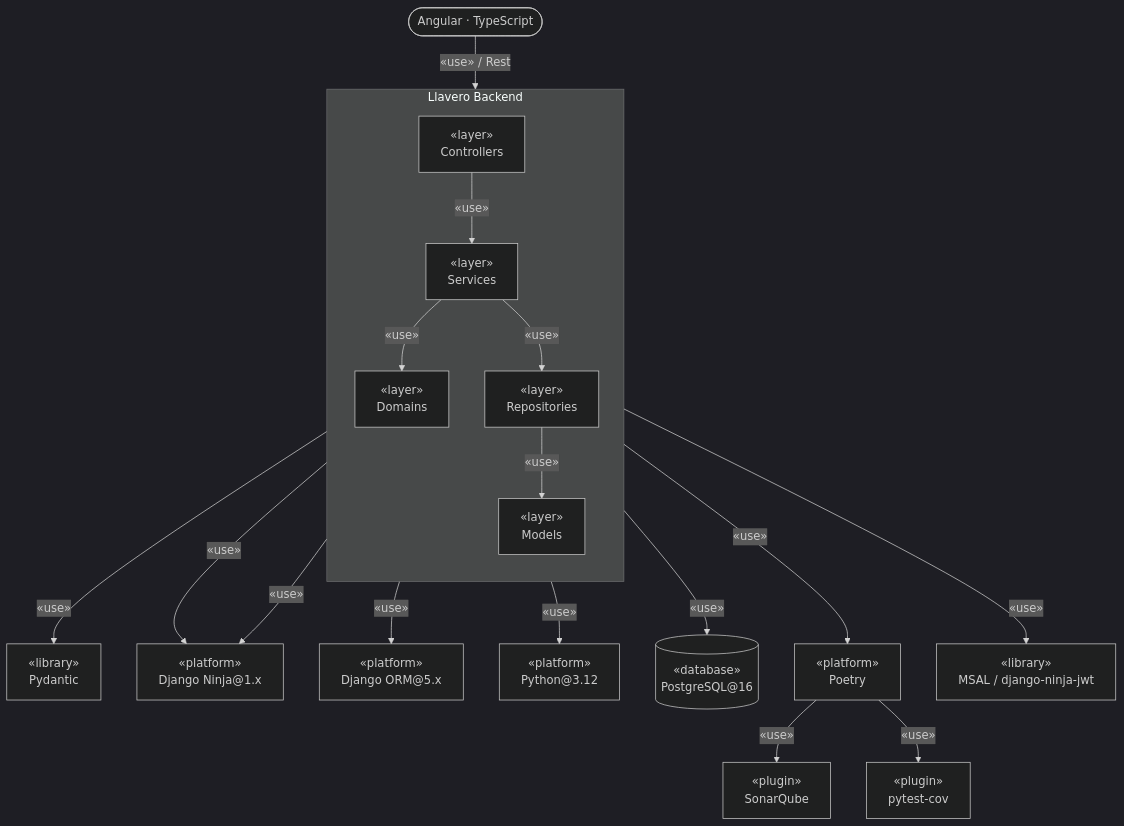
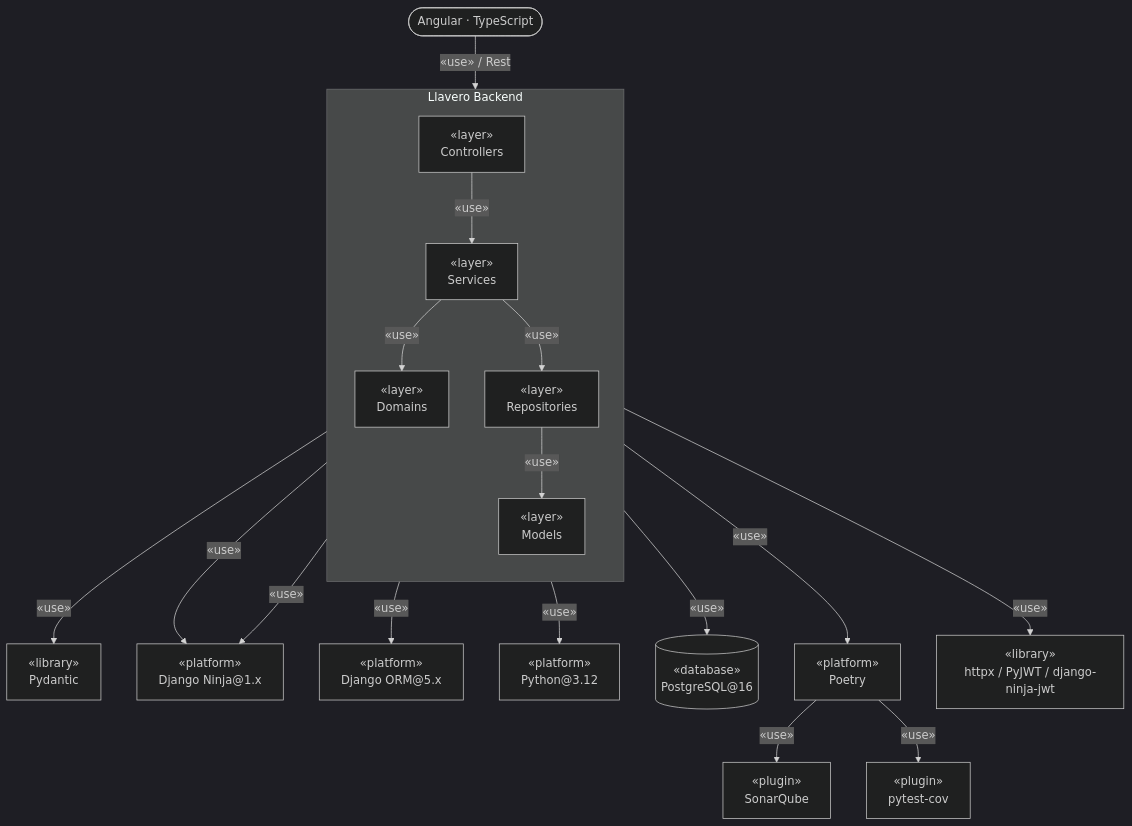
Before and after one commit to DanielPuertaBernal/llavero: the first of 2 diagrams in DOC/4. DiseñoTacticoDetallado/4.4 Diagrama de Componentes.md, drawn with Mermaid (dark theme). The commit also changed other lines of this file and 2 other files, not shown here.

First line of the commit message:
docs: corregir menciones desactualizadas de MSAL en diagrama de componentes

````diff
--- a/DOC/4. DiseñoTacticoDetallado/4.4 Diagrama de Componentes.md
+++ b/DOC/4. DiseñoTacticoDetallado/4.4 Diagrama de Componentes.md
@@ -7,41 +7,41 @@
 ```mermaid
 flowchart TB
     Frontend(["Angular · TypeScript"])
 
     subgraph Backend["Llavero Backend"]
         direction TB
         Controllers["«layer»<br/>Controllers"]
         Services["«layer»<br/>Services"]
         Domains["«layer»<br/>Domains"]
         Repositories["«layer»<br/>Repositories"]
         Models["«layer»<br/>Models"]
 
         Controllers -- «use» --> Services
         Services -- «use» --> Domains
         Services -- «use» --> Repositories
         Repositories -- «use» --> Models
     end
 
     Frontend -- «use» / Rest --> Controllers
 
     Pydantic["«library»<br/>Pydantic"]
     DjangoNinja["«platform»<br/>Django Ninja@1.x"]
     DjangoORM["«platform»<br/>Django ORM@5.x"]
     Python["«platform»<br/>Python@3.12"]
     Postgres[("«database»<br/>PostgreSQL@16")]
     Poetry["«platform»<br/>Poetry"]
     SonarQube["«plugin»<br/>SonarQube"]
     PytestCov["«plugin»<br/>pytest-cov"]
-    MSAL["«library»<br/>MSAL / django-ninja-jwt"]
+    HttpxJwt["«library»<br/>httpx / PyJWT / django-ninja-jwt"]
 
     Controllers -- «use» --> Pydantic
     Controllers -- «use» --> DjangoNinja
     Services -- «use» --> DjangoNinja
-    Services -- «use» --> MSAL
+    Services -- «use» --> HttpxJwt
     Repositories -- «use» --> DjangoORM
     Models -- «use» --> Postgres
     Backend -- «use» --> Python
     Backend -- «use» --> Poetry
     Poetry -- «use» --> SonarQube
     Poetry -- «use» --> PytestCov
 ```
````
